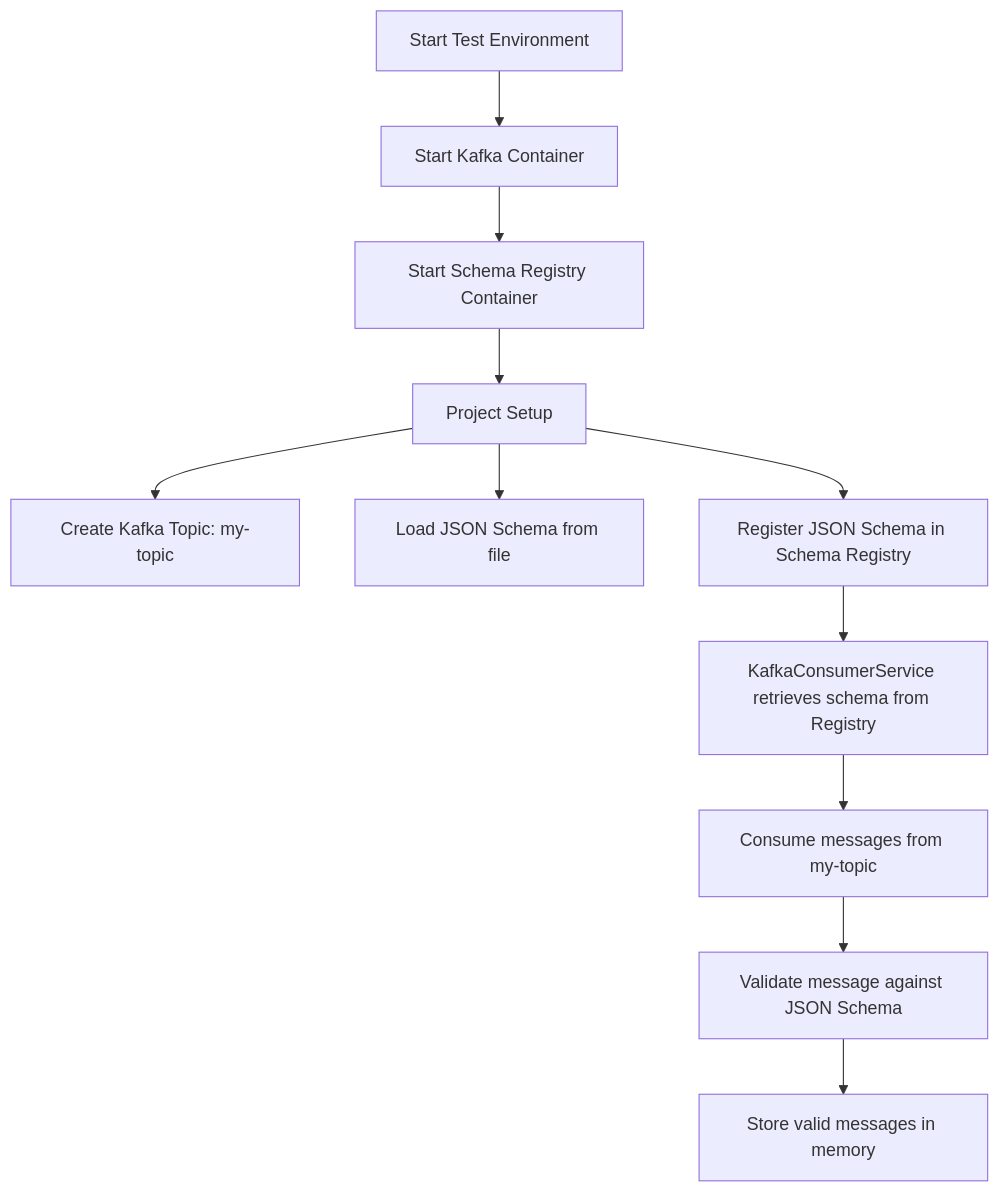
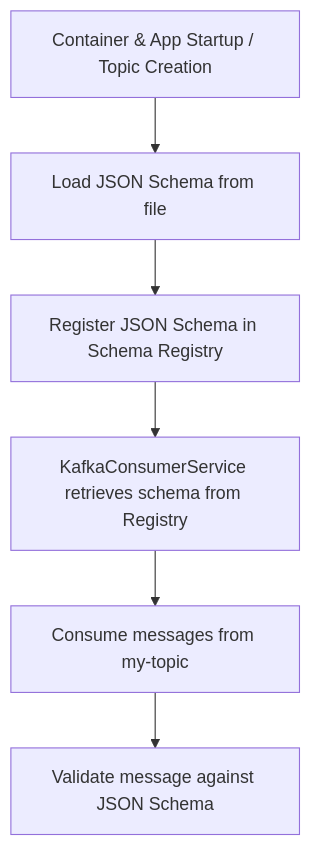
One commit to kayroone/kafka-schema-registry-poc changed the diagram in README.md. Above: the diagram before and after it, drawn with Mermaid.

Commit message:
README.md

````diff
--- a/README.md
+++ b/README.md
@@ -7,13 +7,8 @@
 ```mermaid
 flowchart TD
-    A[Start Test Environment] --> B[Start Kafka Container]
-    B --> C[Start Schema Registry Container]
-    C --> D[Project Setup]
-    D --> D1[Create Kafka Topic: my-topic]
-    D --> D2[Load JSON Schema from file]
-    D --> D3[Register JSON Schema in Schema Registry]
+    D[Container & App Startup / Topic Creation ] --> D1[Load JSON Schema from file]
+    D1[Load JSON Schema from file] --> D3[Register JSON Schema in Schema Registry]
     D3 --> E[KafkaConsumerService retrieves schema from Registry]
     E --> F[Consume messages from my-topic]
     F --> G[Validate message against JSON Schema]
-    G --> H[Store valid messages in memory]
 ```
````
